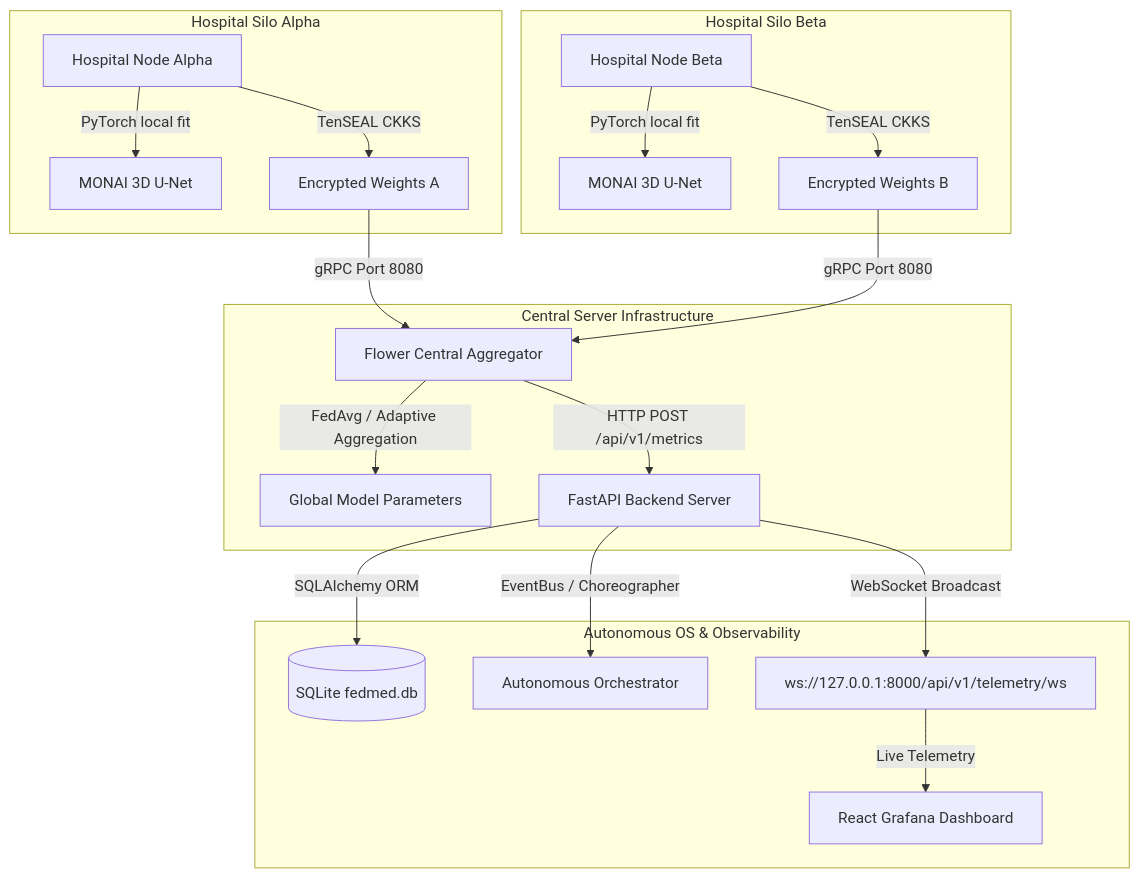
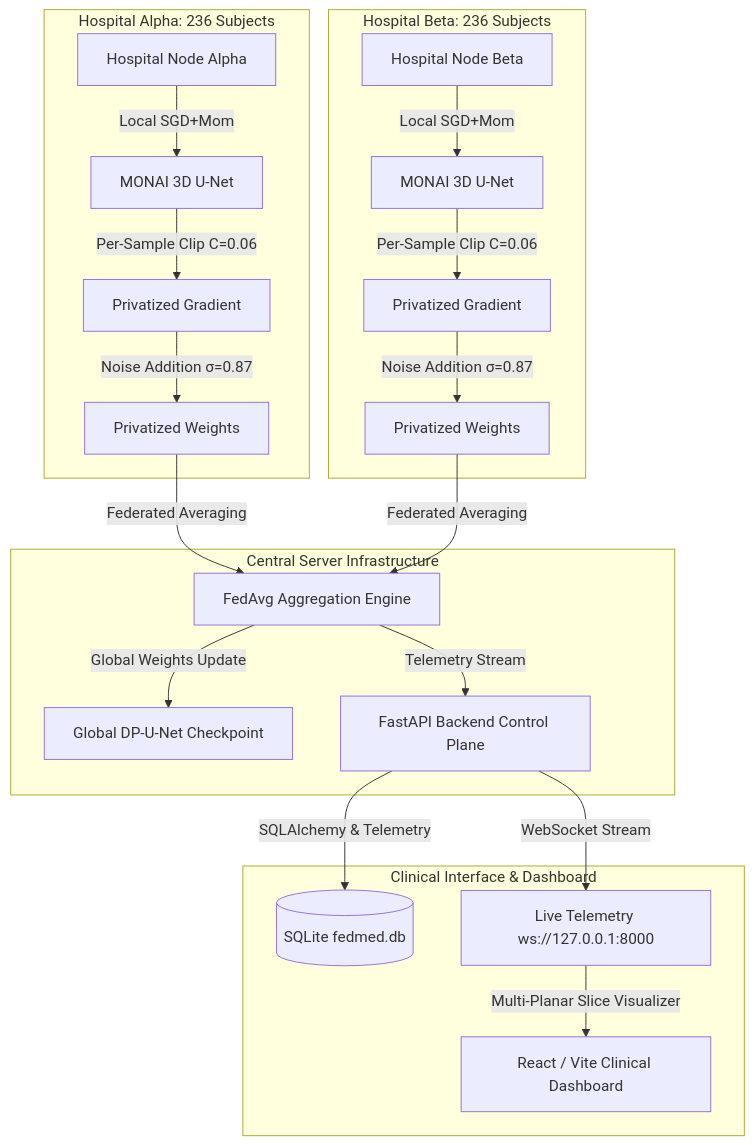
One commit to akanshanagar18/FedMed changed the diagram in README.md. Above: the diagram before and after it, drawn with Mermaid. The commit also changed other lines of this file and 1076 other files, not shown here.

````diff
--- a/README.md
+++ b/README.md
@@ -27,26 +26,27 @@
 ```mermaid
 graph TD
-    subgraph Hospital Silo Alpha
-        CA[Hospital Node Alpha] -->|PyTorch local fit| MA[MONAI 3D U-Net]
-        CA -->|TenSEAL CKKS| EA[Encrypted Weights A]
+    subgraph Hospital Silo Alpha [Hospital Alpha: 236 Subjects]
+        CA[Hospital Node Alpha] -->|Local SGD+Mom| MA[MONAI 3D U-Net]
+        MA -->|Per-Sample Clip C=0.06| PA[Privatized Gradient]
+        PA -->|Noise Addition σ=0.87| EA[Privatized Weights]
     end
 
-    subgraph Hospital Silo Beta
-        CB[Hospital Node Beta] -->|PyTorch local fit| MB[MONAI 3D U-Net]
-        CB -->|TenSEAL CKKS| EB[Encrypted Weights B]
+    subgraph Hospital Silo Beta [Hospital Beta: 236 Subjects]
+        CB[Hospital Node Beta] -->|Local SGD+Mom| MB[MONAI 3D U-Net]
+        MB -->|Per-Sample Clip C=0.06| PB[Privatized Gradient]
+        PB -->|Noise Addition σ=0.87| EB[Privatized Weights]
     end
 
     subgraph Central Server Infrastructure
-        EA -->|gRPC Port 8080| FS[Flower Central Aggregator]
-        EB -->|gRPC Port 8080| FS
-        FS -->|FedAvg / Adaptive Aggregation| GM[Global Model Parameters]
-        FS -->|HTTP POST /api/v1/metrics| BE[FastAPI Backend Server]
+        EA -->|Federated Averaging| FS[FedAvg Aggregation Engine]
+        EB -->|Federated Averaging| FS
+        FS -->|Global Weights Update| GM[Global DP-U-Net Checkpoint]
+        FS -->|Telemetry Stream| BE[FastAPI Backend Control Plane]
     end
 
-    subgraph Autonomous OS & Observability
-        BE -->|SQLAlchemy ORM| DB[(SQLite fedmed.db)]
-        BE -->|EventBus / Choreographer| Auto[Autonomous Orchestrator]
-        BE -->|WebSocket Broadcast| WS[ws://127.0.0.1:8000/api/v1/telemetry/ws]
-        WS -->|Live Telemetry| UI[React Grafana Dashboard]
+    subgraph Clinical Interface & Dashboard
+        BE -->|SQLAlchemy & Telemetry| DB[(SQLite fedmed.db)]
+        BE -->|WebSocket Stream| WS[Live Telemetry ws://127.0.0.1:8000]
+        WS -->|Multi-Planar Slice Visualizer| UI[React / Vite Clinical Dashboard]
     end
 ```
````
